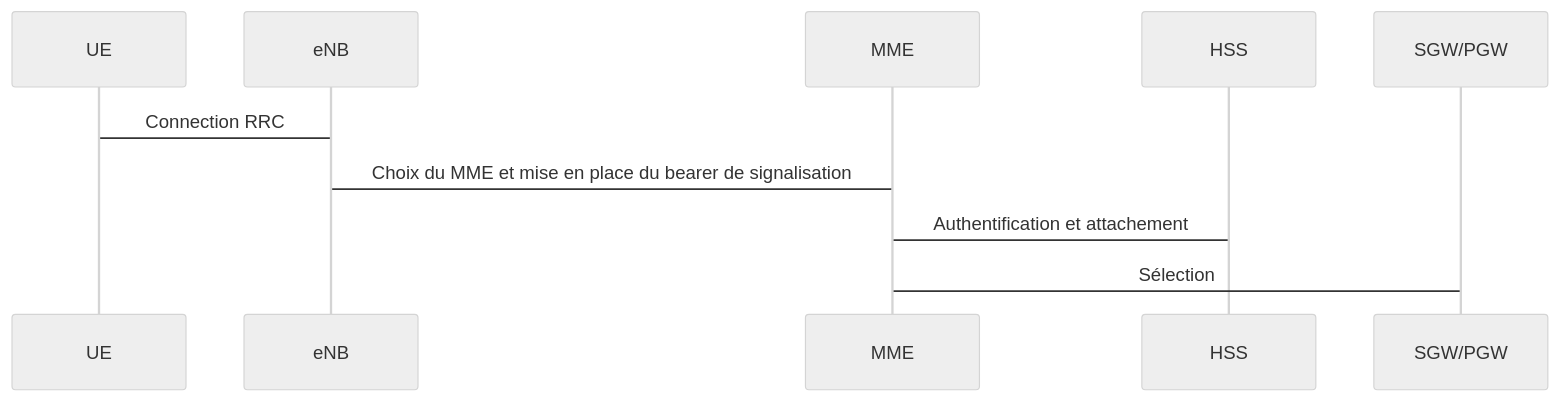
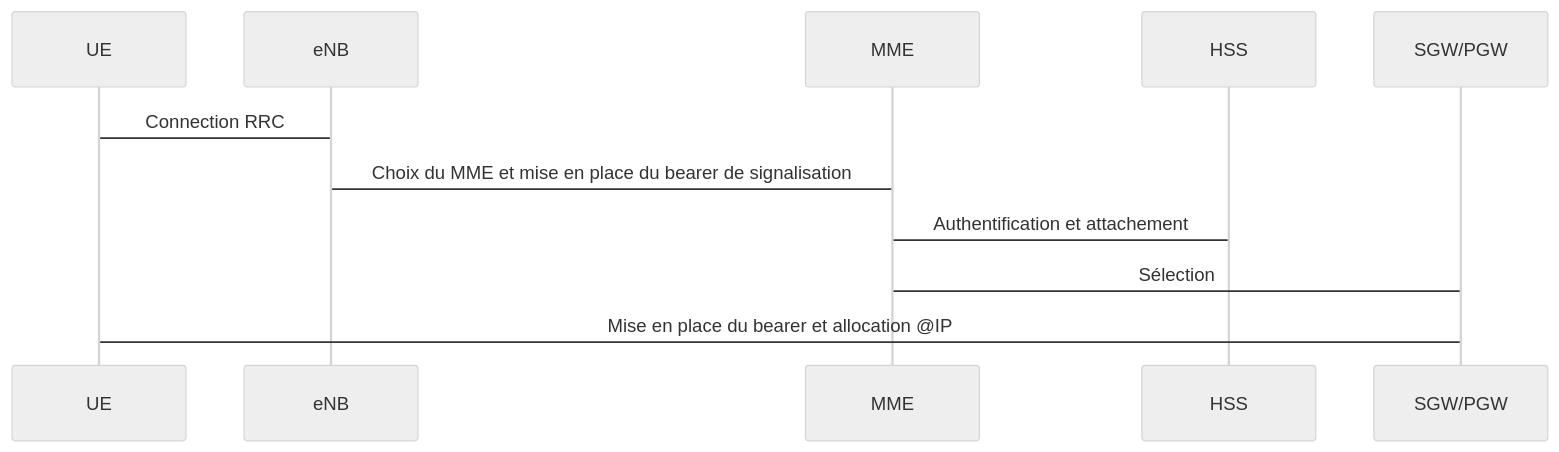
The first of 5 diagrams in ARM.md (ThomasRochette/NoteCours), drawn with Mermaid (neutral theme) before and after one commit. The commit also changed other lines of this file, not shown here.

````diff
--- a/ARM.md
+++ b/ARM.md
@@ -109,7 +109,8 @@
 ```mermaid
 sequenceDiagram
 UE -> eNB: Connection RRC
 eNB -> MME: Choix du MME et mise en place du bearer de signalisation
 MME -> HSS: Authentification et attachement
 MME -> SGW/PGW: Sélection
+SGW/PGW -> UE: Mise en place du bearer et allocation @IP
 ```
````
